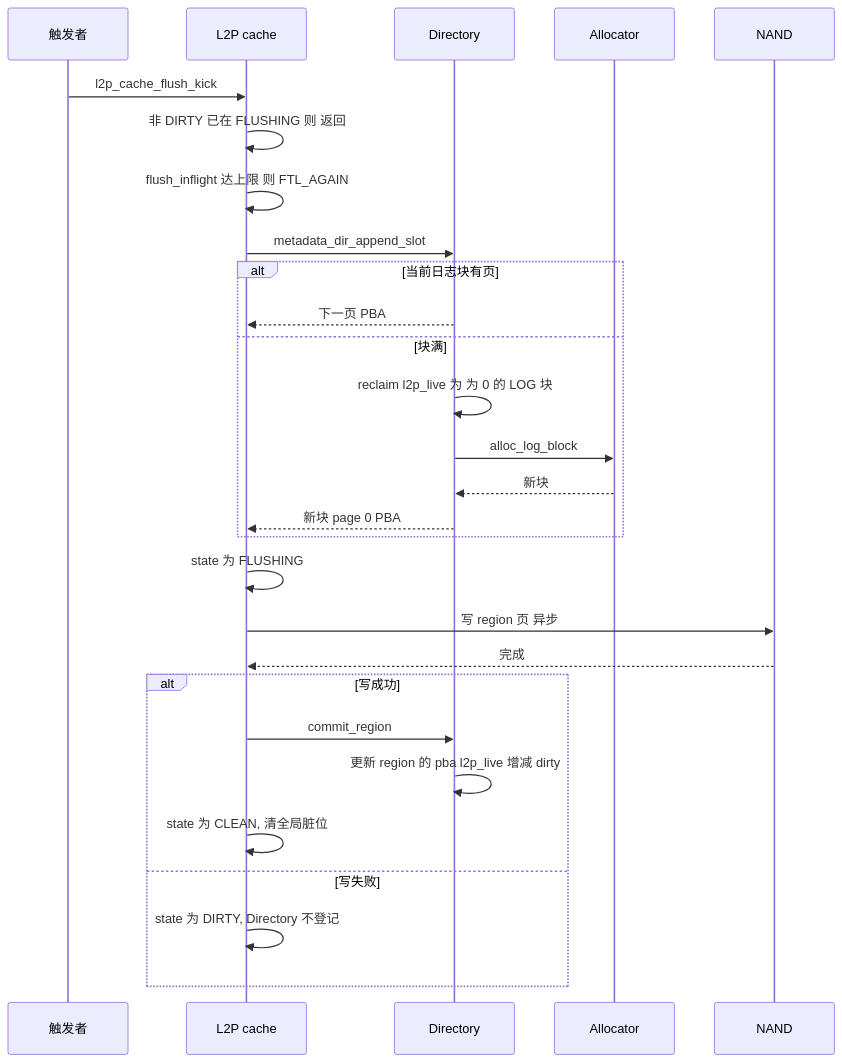
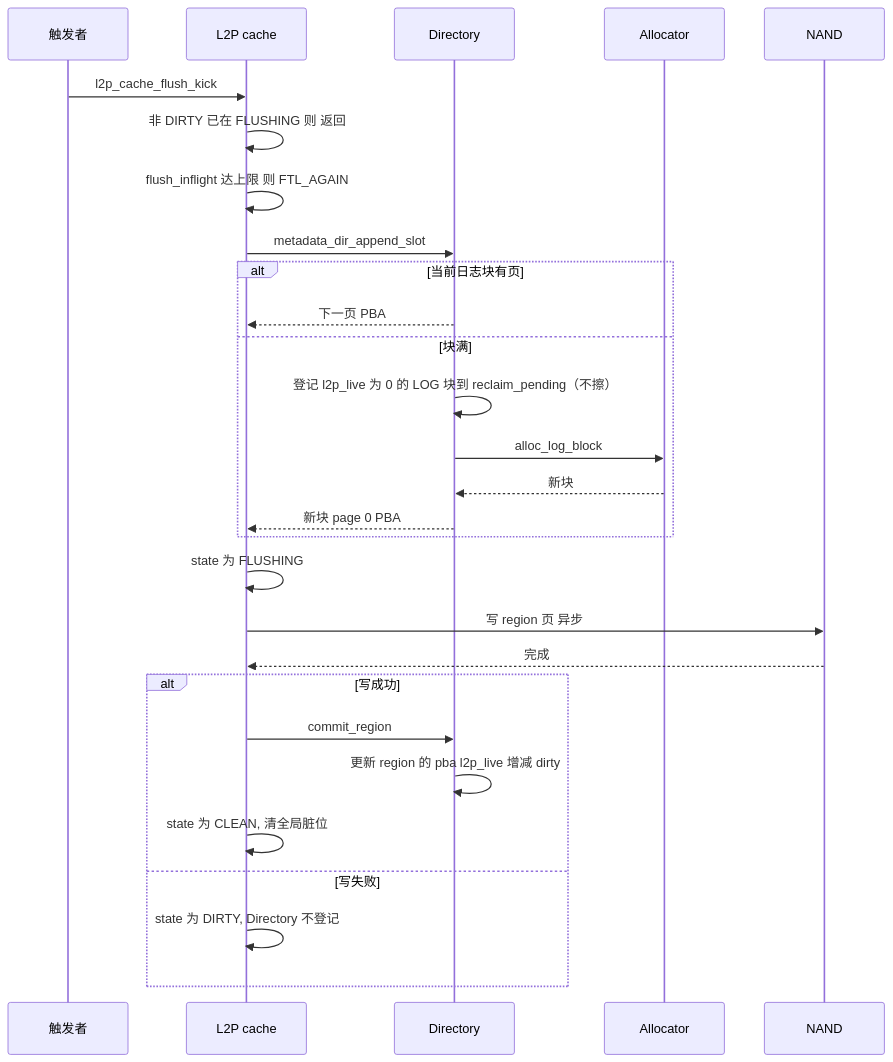
One commit to YzYMIAO/BASESSD changed diagram 24 of 28 in docs/design/ftl_design.md. Above: the diagram before and after it, drawn with Mermaid. The commit also changed other lines of this file and 21 other files, not shown here.

````diff
--- a/docs/design/ftl_design.md
+++ b/docs/design/ftl_design.md
@@ -3065,31 +3071,31 @@
 ```mermaid
 sequenceDiagram
     participant S as 触发者
     participant C as L2P cache
     participant D as Directory
     participant A as Allocator
     participant N as NAND
 
     S->>C: l2p_cache_flush_kick
     C->>C: 非 DIRTY 已在 FLUSHING 则 返回
     C->>C: flush_inflight 达上限 则 FTL_AGAIN
     C->>D: metadata_dir_append_slot
     alt 当前日志块有页
         D-->>C: 下一页 PBA
     else 块满
-        D->>D: reclaim l2p_live 为 为 0 的 LOG 块
+        D->>D: 登记 l2p_live 为 0 的 LOG 块到 reclaim_pending（不擦）
         D->>A: alloc_log_block
         A-->>D: 新块
         D-->>C: 新块 page 0 PBA
     end
     C->>C: state 为 FLUSHING
     C->>N: 写 region 页 异步
     N-->>C: 完成
     alt 写成功
         C->>D: commit_region
         D->>D: 更新 region 的 pba l2p_live 增减 dirty
         C->>C: state 为 CLEAN, 清全局脏位
     else 写失败
         C->>C: state 为 DIRTY, Directory 不登记
     end
 ```
````
